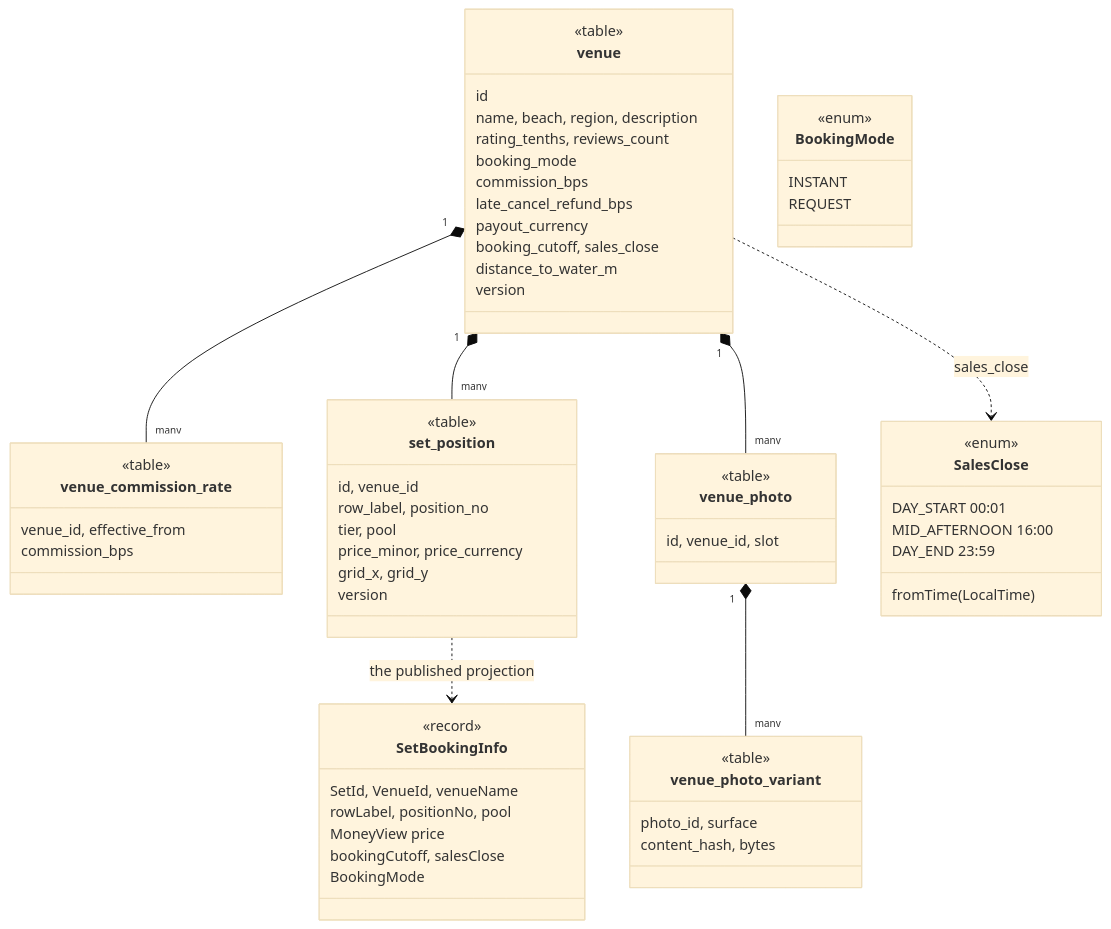
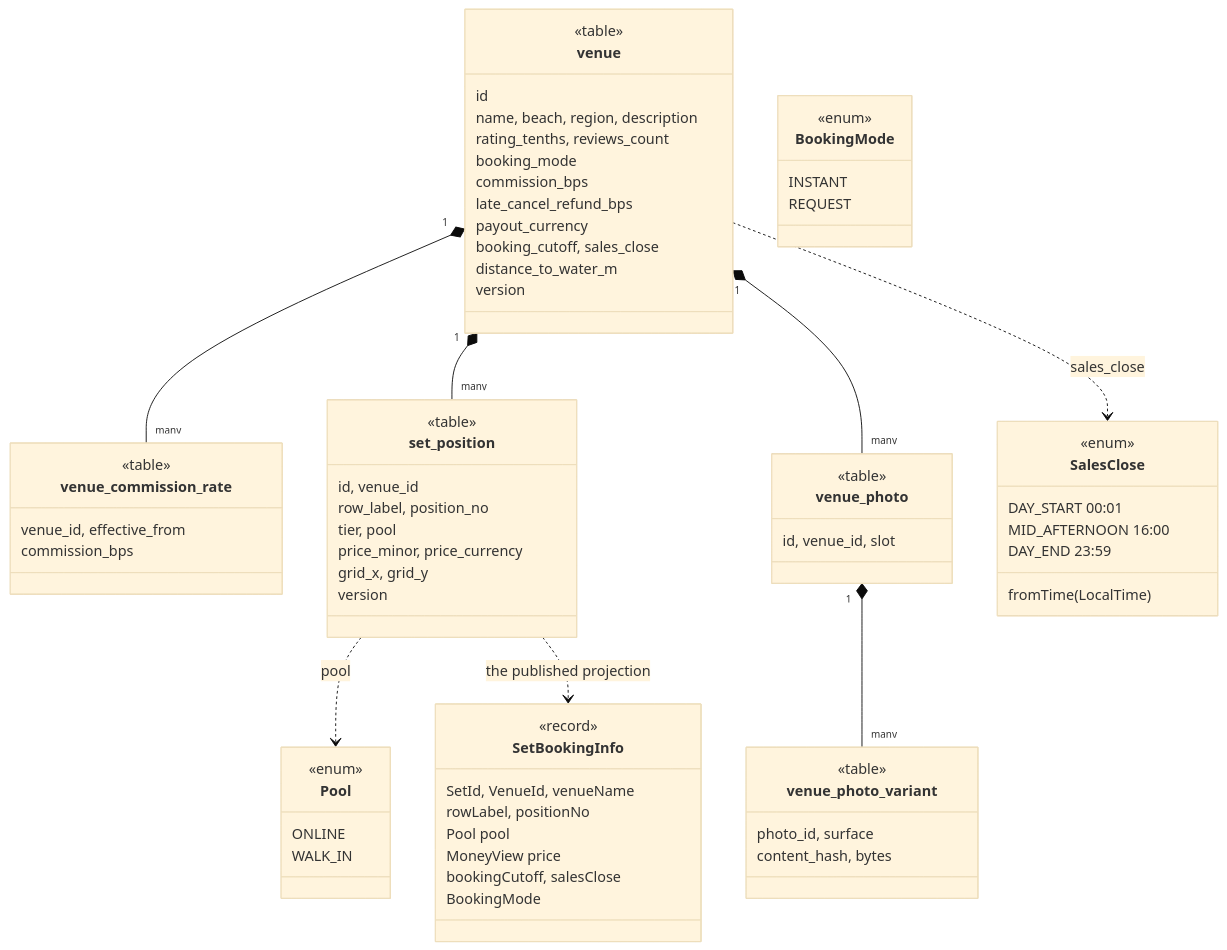
One commit to ivopogace/riviera-sunbed-booking changed the third of 15 diagrams in docs/architecture/domain-model.md. Above: the diagram before and after it, drawn with Mermaid (base theme). The commit also changed 32 other files, not shown here.

````diff
--- a/docs/architecture/domain-model.md
+++ b/docs/architecture/domain-model.md
@@ -178,65 +178,72 @@
 ```mermaid
 classDiagram
     class venue {
         <<table>>
         id
         name, beach, region, description
         rating_tenths, reviews_count
         booking_mode
         commission_bps
         late_cancel_refund_bps
         payout_currency
         booking_cutoff, sales_close
         distance_to_water_m
         version
     }
     class venue_commission_rate {
         <<table>>
         venue_id, effective_from
         commission_bps
     }
     class set_position {
         <<table>>
         id, venue_id
         row_label, position_no
         tier, pool
         price_minor, price_currency
         grid_x, grid_y
         version
     }
     class venue_photo {
         <<table>>
         id, venue_id, slot
     }
     class venue_photo_variant {
         <<table>>
         photo_id, surface
         content_hash, bytes
     }
     class SalesClose {
         <<enum>>
         DAY_START 00:01
         MID_AFTERNOON 16:00
         DAY_END 23:59
         fromTime(LocalTime)
     }
     class SetBookingInfo {
         <<record>>
         SetId, VenueId, venueName
-        rowLabel, positionNo, pool
+        rowLabel, positionNo
+        Pool pool
         MoneyView price
         bookingCutoff, salesClose
         BookingMode
+    }
+    class Pool {
+        <<enum>>
+        ONLINE
+        WALK_IN
     }
     class BookingMode {
         <<enum>>
         INSTANT
         REQUEST
     }
     venue "1" *-- "many" set_position
     venue "1" *-- "many" venue_commission_rate
     venue "1" *-- "many" venue_photo
     venue_photo "1" *-- "many" venue_photo_variant
     venue ..> SalesClose : sales_close
+    set_position ..> Pool : pool
     set_position ..> SetBookingInfo : the published projection
 ```
````
